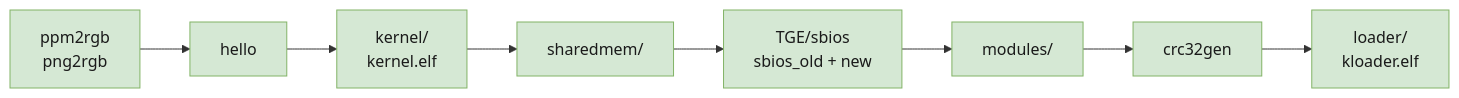
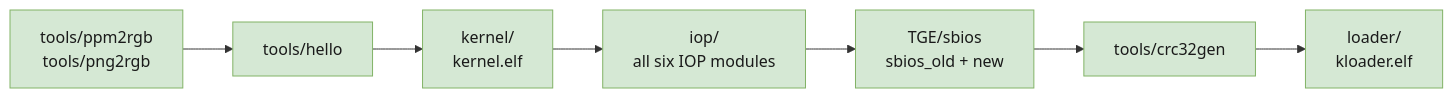
One commit to Arawn-Davies/kernelreloaded changed the diagram in docs/porting-notes.md. Above: the diagram before and after it, drawn with Mermaid. The commit also changed other lines of this file and 143 other files, not shown here.

````diff
--- a/docs/porting-notes.md
+++ b/docs/porting-notes.md
@@ -13,9 +13,9 @@
 ```mermaid
 flowchart LR
-    A["ppm2rgb<br/>png2rgb"] --> B["hello"] --> C["kernel/<br/>kernel.elf"] --> D["sharedmem/"] --> E["TGE/sbios<br/>sbios_old + new"] --> F["modules/"] --> G["crc32gen"] --> H["loader/<br/>kloader.elf"]
+    A["tools/ppm2rgb<br/>tools/png2rgb"] --> B["tools/hello"] --> C["kernel/<br/>kernel.elf"] --> D["iop/<br/>all six IOP modules"] --> E["TGE/sbios<br/>sbios_old + new"] --> F["tools/crc32gen"] --> G["loader/<br/>kloader.elf"]
 
     classDef done fill:#d5e8d4,stroke:#82b366,color:#1a1a1a
     classDef stuck fill:#f8cecc,stroke:#b85450,color:#1a1a1a
     classDef todo fill:#f5f5f5,stroke:#999,stroke-dasharray: 4 4,color:#1a1a1a
     class A,B,C,D,E,F,G,H done
 ```
````
